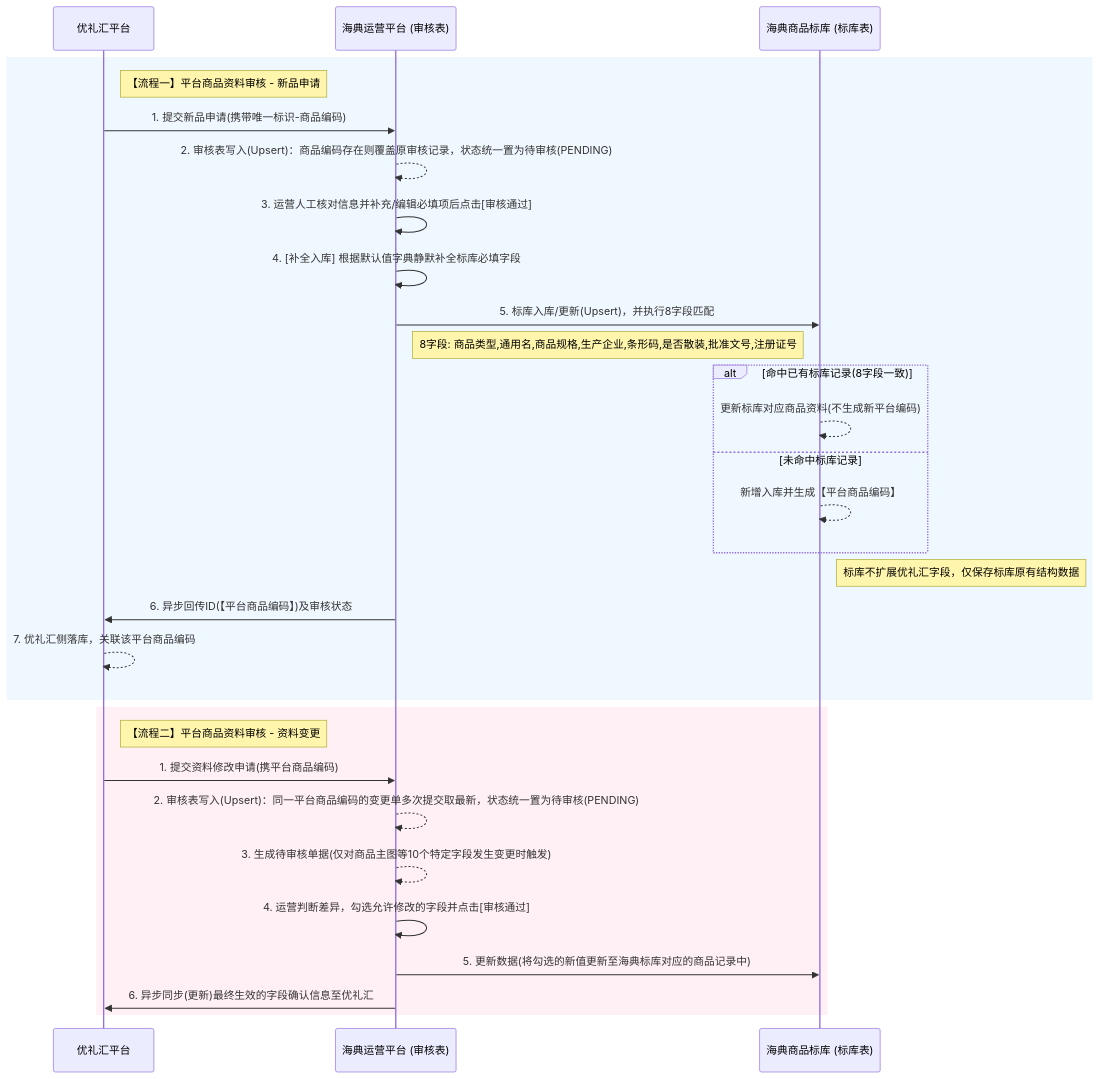
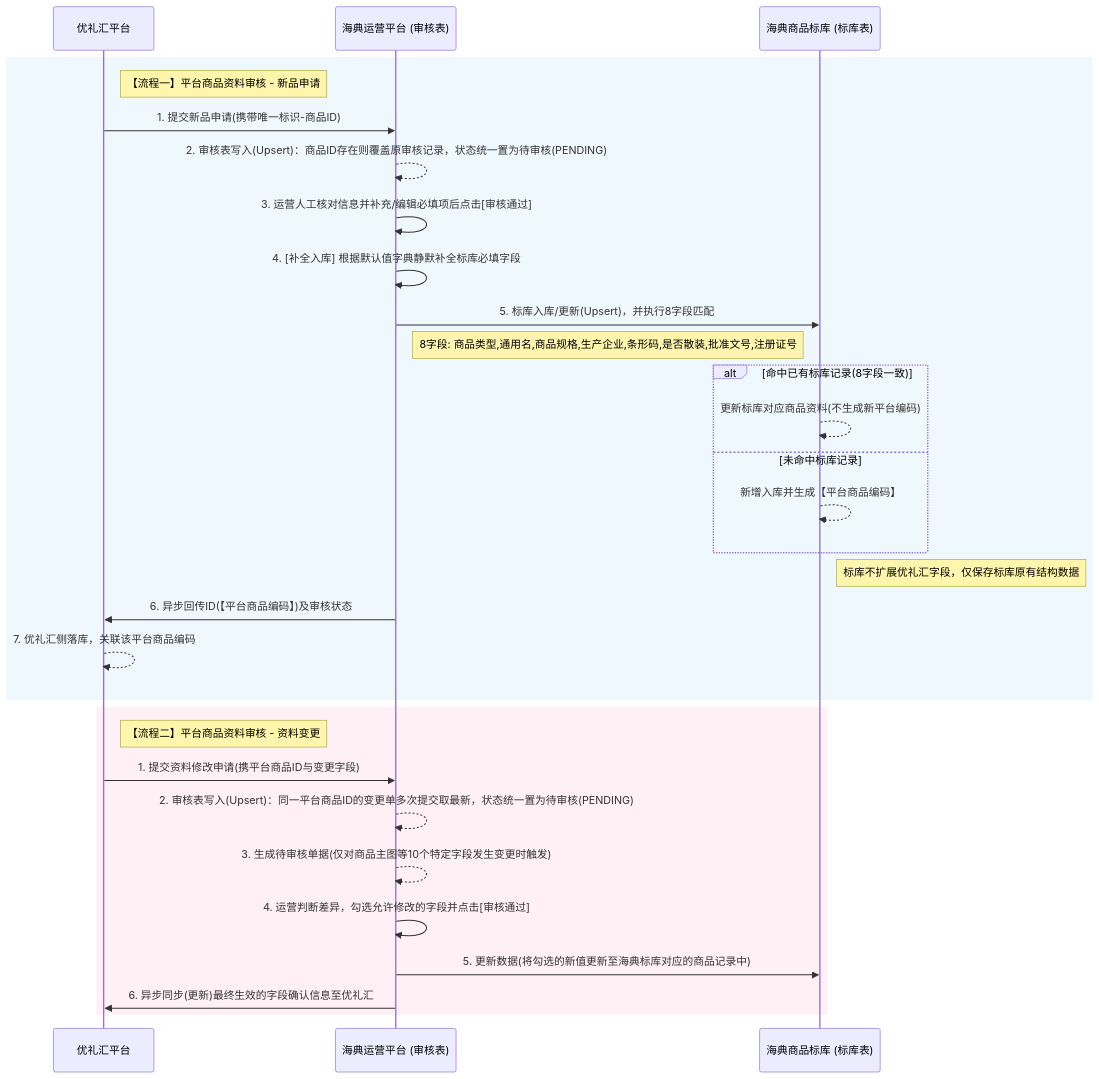
Before and after one commit to hnxief-code/shangpin-platform-sync: the diagram in sequence_diagram.mmd, drawn with Mermaid. The commit also changed 3 other files, not shown here.

```diff
--- a/sequence_diagram.mmd
+++ b/sequence_diagram.mmd
@@ -1,34 +1,33 @@
 sequenceDiagram
     participant YLH as 优礼汇平台
     participant HD as 海典运营平台 (审核表)
     participant DB as 海典商品标库 (标库表)
     
     rect rgb(240, 248, 255)
     note right of YLH: 【流程一】平台商品资料审核 - 新品申请
-    YLH->>HD: 1. 提交新品申请(携带唯一标识-商品编码)
-    
-    HD-->>HD: 2. 审核表写入(Upsert)：商品编码存在则覆盖原审核记录，状态统一置为待审核(PENDING)
+    YLH->>HD: 1. 提交新品申请(携带唯一标识-商品ID)
+    HD-->>HD: 2. 审核表写入(Upsert)：商品ID存在则覆盖原审核记录，状态统一置为待审核(PENDING)
     
     HD->>HD: 3. 运营人工核对信息并补充/编辑必填项后点击[审核通过]
     HD->>HD: 4. [补全入库] 根据默认值字典静默补全标库必填字段
     HD->>DB: 5. 标库入库/更新(Upsert)，并执行8字段匹配
     note right of HD: 8字段: 商品类型,通用名,商品规格,生产企业,条形码,是否散装,批准文号,注册证号
     alt 命中已有标库记录(8字段一致)
         DB-->>DB: 更新标库对应商品资料(不生成新平台编码)
     else 未命中标库记录
         DB-->>DB: 新增入库并生成【平台商品编码】
     end
     note right of DB: 标库不扩展优礼汇字段，仅保存标库原有结构数据
     HD->>YLH: 6. 异步回传ID(【平台商品编码】)及审核状态
     YLH-->>YLH: 7. 优礼汇侧落库，关联该平台商品编码
     end
     
     rect rgb(255, 240, 245)
     note right of YLH: 【流程二】平台商品资料审核 - 资料变更
-    YLH->>HD: 1. 提交资料修改申请(携平台商品编码)
-    HD-->>HD: 2. 审核表写入(Upsert)：同一平台商品编码的变更单多次提交取最新，状态统一置为待审核(PENDING)
+    YLH->>HD: 1. 提交资料修改申请(携平台商品ID与变更字段)
+    HD-->>HD: 2. 审核表写入(Upsert)：同一平台商品ID的变更单多次提交取最新，状态统一置为待审核(PENDING)
     HD-->>HD: 3. 生成待审核单据(仅对商品主图等10个特定字段发生变更时触发)
     HD->>HD: 4. 运营判断差异，勾选允许修改的字段并点击[审核通过]
     HD->>DB: 5. 更新数据(将勾选的新值更新至海典标库对应的商品记录中)
     HD->>YLH: 6. 异步同步(更新)最终生效的字段确认信息至优礼汇
     end
```
